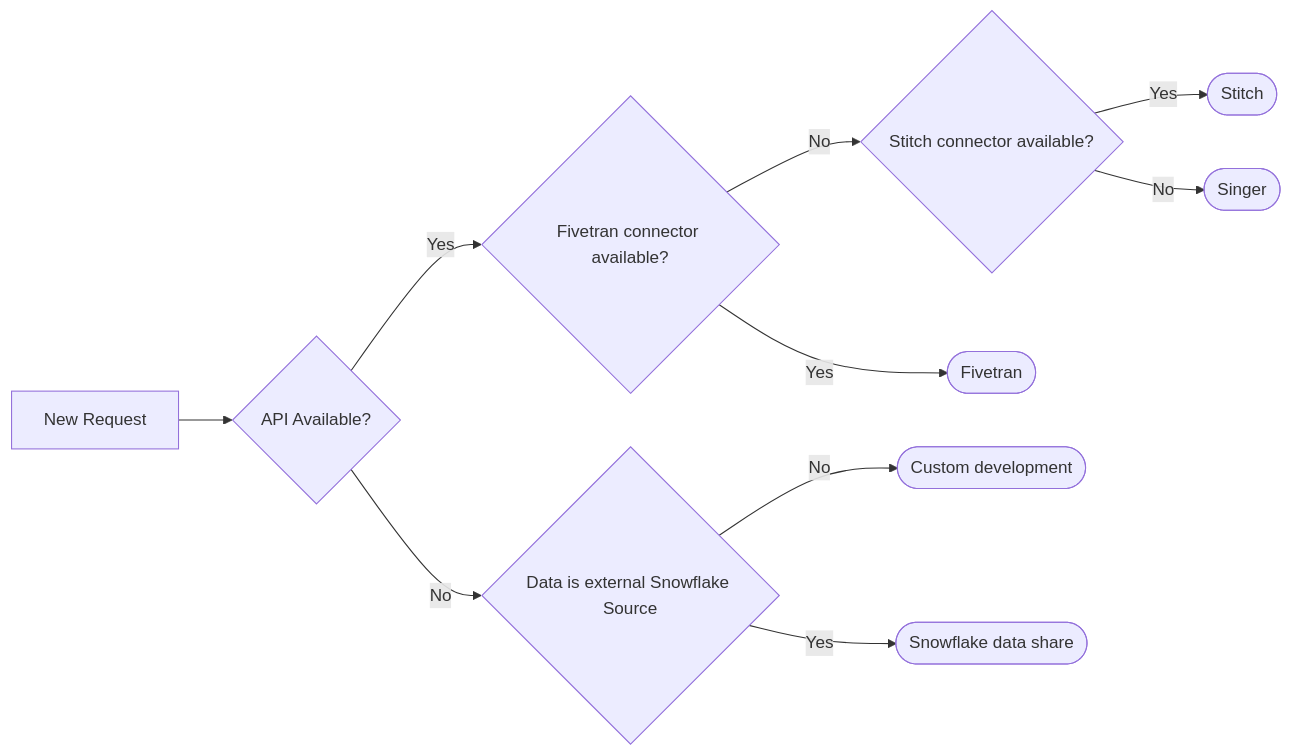
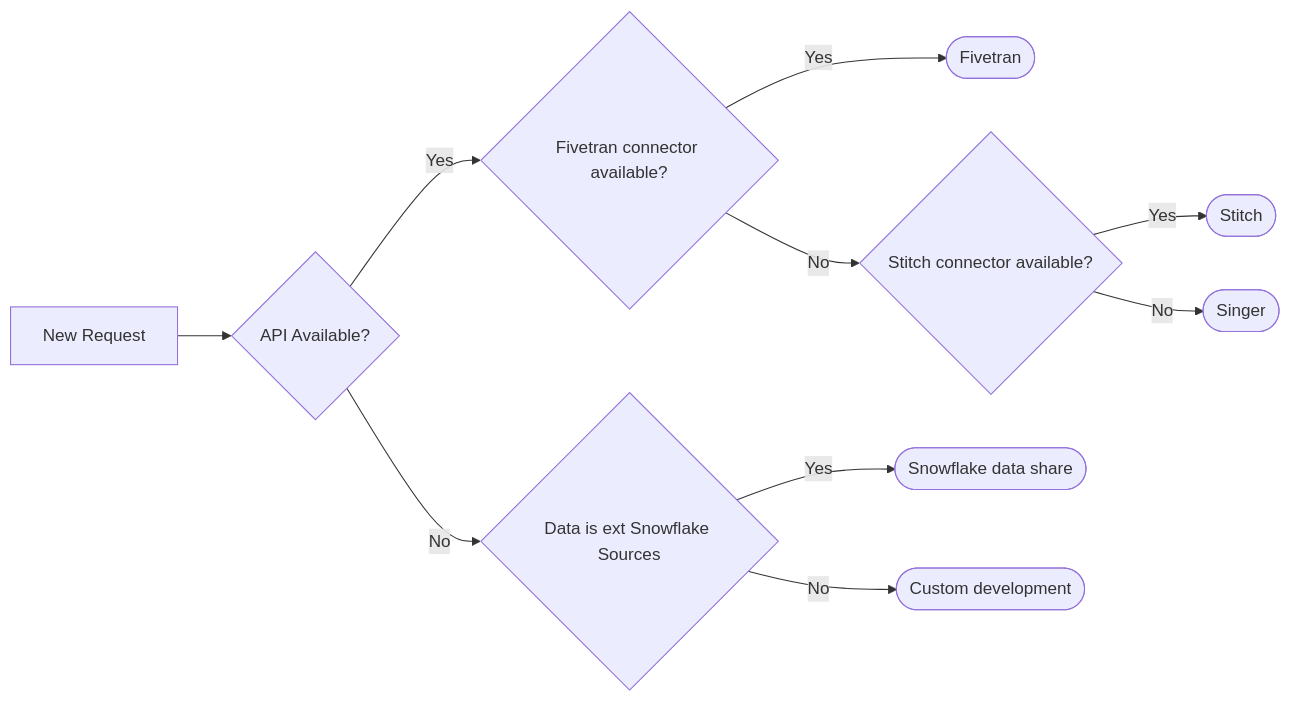
One commit to secretstartups/handbook changed the diagram in business-technology/data-team/how-we-work/new-data-source/index.html.md. Above: the diagram before and after it, drawn with Mermaid. The commit also changed other lines of this file, not shown here.

````diff
--- a/business-technology/data-team/how-we-work/new-data-source/index.html.md
+++ b/business-technology/data-team/how-we-work/new-data-source/index.html.md
@@ -75,27 +75,27 @@
 ```mermaid
 graph LR
    
 %%descisions
     api_available{API Available?}
     fivetran_connector_available{Fivetran connector available?}
     stitch_connector_available{Stitch connector available?}
-    data_is_ext_snowflake_sources{Data is external Snowflake Source}
+    data_is_ext_snowflake_sources{Data is ext Snowflake Sources}
 
 %%end solutions
+    Custom([Custom development])
     Fivetran([Fivetran])
+    Singer([Singer])
     Stitch([Stitch])
-    Singer([Singer])
-    Custom([Custom development])
     Snowflake_datashare([Snowflake data share])
 
 %%flow
-    ds_request[New Request]-->api_available
+    ds_request[New Request]-->api_available 
     api_available-->|Yes|fivetran_connector_available
     fivetran_connector_available-->|Yes|Fivetran
     fivetran_connector_available-->|No|stitch_connector_available
     stitch_connector_available-->|Yes|Stitch
     stitch_connector_available-->|No|Singer
     api_available-->|No|data_is_ext_snowflake_sources
     data_is_ext_snowflake_sources-->|Yes|Snowflake_datashare
     data_is_ext_snowflake_sources-->|No|Custom
 ```
````
